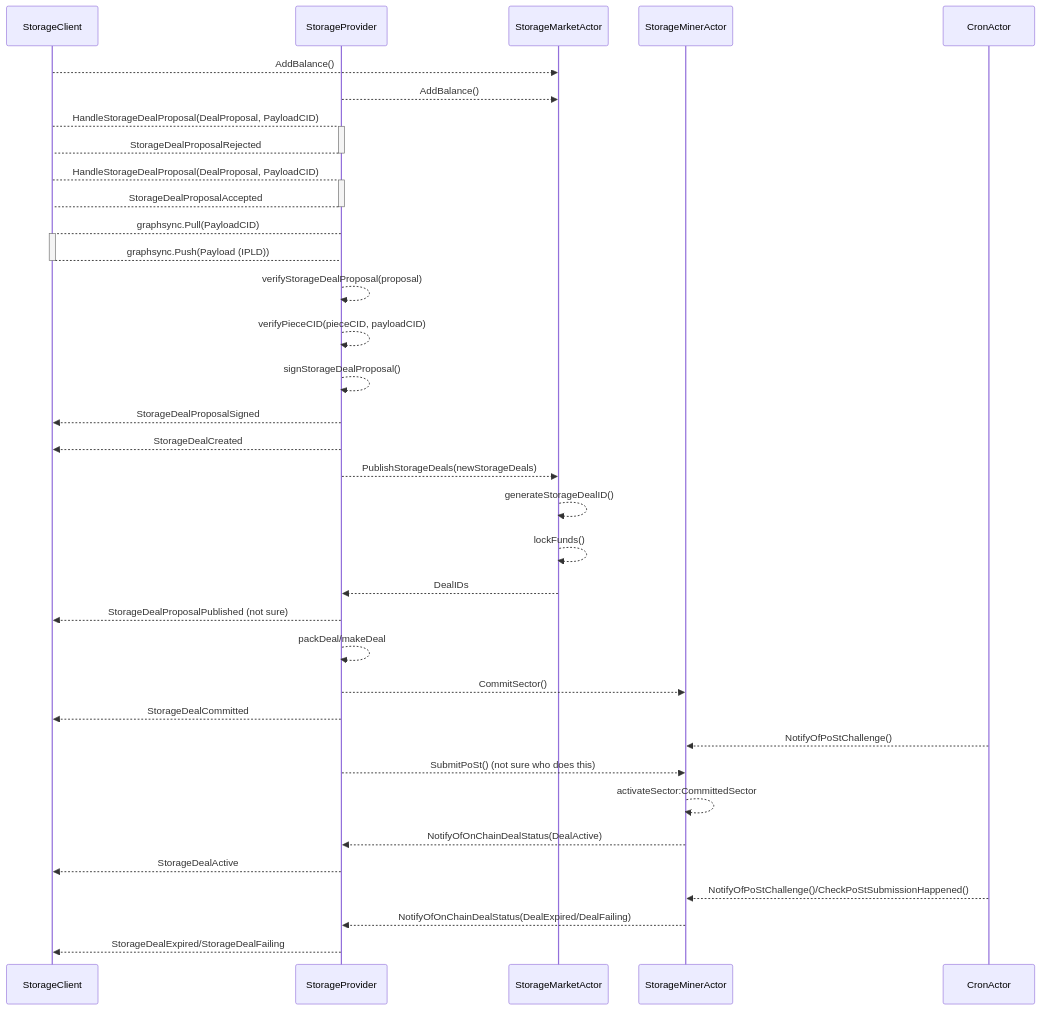
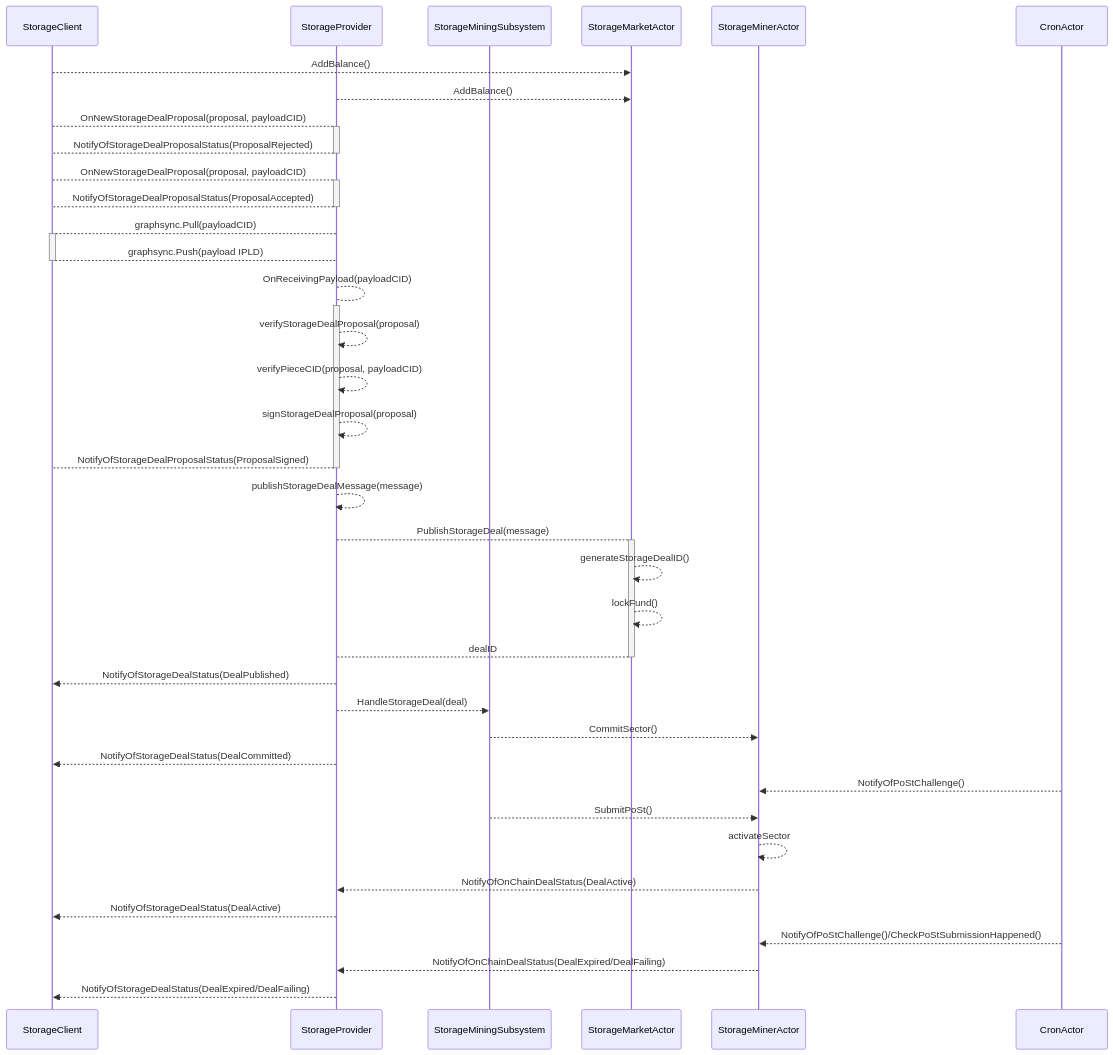
Before and after one commit to filecoin-project/specs: the diagram in src/diagrams/sequence/deal-flow.mmd, drawn with Mermaid. The commit also changed 1 other file, not shown here.

Commit message:
update mermaid

```diff
--- a/src/diagrams/sequence/deal-flow.mmd
+++ b/src/diagrams/sequence/deal-flow.mmd
@@ -1,33 +1,35 @@
 sequenceDiagram
-	participant StorageClient
-	participant StorageProvider
-	participant StorageMarketActor
-	StorageClient -->> StorageMarketActor: AddBalance()
-	StorageProvider -->> StorageMarketActor: AddBalance()
-	StorageClient -->+ StorageProvider: HandleStorageDealProposal(DealProposal, PayloadCID)
-	StorageProvider -->- StorageClient: StorageDealProposalRejected
-	StorageClient -->+ StorageProvider: HandleStorageDealProposal(DealProposal, PayloadCID)
-	StorageProvider -->- StorageClient: StorageDealProposalAccepted
-	StorageProvider -->+ StorageClient: graphsync.Pull(PayloadCID)
-	StorageClient -->- StorageProvider: graphsync.Push(Payload (IPLD))
-	StorageProvider -->> StorageProvider: verifyStorageDealProposal(proposal)
-	StorageProvider -->> StorageProvider: verifyPieceCID(pieceCID, payloadCID)
-	StorageProvider -->> StorageProvider: signStorageDealProposal()
-	StorageProvider -->> StorageClient: StorageDealProposalSigned
-	StorageProvider -->> StorageClient: StorageDealCreated
-	StorageProvider -->> StorageMarketActor: PublishStorageDeals(newStorageDeals)
-	StorageMarketActor -->> StorageMarketActor: generateStorageDealID()
-	StorageMarketActor -->> StorageMarketActor: lockFunds()
-	StorageMarketActor -->> StorageProvider: DealIDs
-	StorageProvider -->> StorageClient: StorageDealProposalPublished (not sure)
-	StorageProvider -->> StorageProvider: packDeal/makeDeal
-	StorageProvider -->> StorageMinerActor: CommitSector()
-	StorageProvider -->> StorageClient: StorageDealCommitted
-	CronActor -->> StorageMinerActor: NotifyOfPoStChallenge()
-	StorageProvider -->> StorageMinerActor: SubmitPoSt() (not sure who does this)
-	StorageMinerActor -->> StorageMinerActor: activateSector:CommittedSector
-	StorageMinerActor -->> StorageProvider: NotifyOfOnChainDealStatus(DealActive)
-	StorageProvider -->> StorageClient: StorageDealActive
-	CronActor -->> StorageMinerActor: NotifyOfPoStChallenge()/CheckPoStSubmissionHappened()
-	StorageMinerActor -->> StorageProvider: NotifyOfOnChainDealStatus(DealExpired/DealFailing)
-	StorageProvider -->> StorageClient: StorageDealExpired/StorageDealFailing
+participant StorageClient
+participant StorageProvider
+participant StorageMiningSubsystem
+participant StorageMarketActor
+StorageClient -->> StorageMarketActor: AddBalance()
+StorageProvider -->> StorageMarketActor: AddBalance()
+StorageClient -->+ StorageProvider: OnNewStorageDealProposal(proposal, payloadCID)
+StorageProvider -->- StorageClient: NotifyOfStorageDealProposalStatus(ProposalRejected)
+StorageClient -->+ StorageProvider: OnNewStorageDealProposal(proposal, payloadCID)
+StorageProvider -->- StorageClient: NotifyOfStorageDealProposalStatus(ProposalAccepted)
+StorageProvider -->+ StorageClient: graphsync.Pull(payloadCID)
+StorageClient -->- StorageProvider: graphsync.Push(payload IPLD)
+StorageProvider -->+ StorageProvider: OnReceivingPayload(payloadCID)
+StorageProvider -->> StorageProvider: verifyStorageDealProposal(proposal)
+StorageProvider -->> StorageProvider: verifyPieceCID(proposal, payloadCID)
+StorageProvider -->> StorageProvider: signStorageDealProposal(proposal)
+StorageProvider -->- StorageClient: NotifyOfStorageDealProposalStatus(ProposalSigned)
+StorageProvider -->> StorageProvider: publishStorageDealMessage(message)
+StorageProvider -->+ StorageMarketActor: PublishStorageDeal(message)
+StorageMarketActor -->> StorageMarketActor: generateStorageDealID()
+StorageMarketActor -->> StorageMarketActor: lockFund()
+StorageMarketActor -->- StorageProvider: dealID
+StorageProvider -->> StorageClient: NotifyOfStorageDealStatus(DealPublished)
+StorageProvider -->> StorageMiningSubsystem: HandleStorageDeal(deal)
+StorageMiningSubsystem -->> StorageMinerActor: CommitSector()
+StorageProvider -->> StorageClient: NotifyOfStorageDealStatus(DealCommitted)
+CronActor -->> StorageMinerActor: NotifyOfPoStChallenge()
+StorageMiningSubsystem -->> StorageMinerActor: SubmitPoSt()
+StorageMinerActor -->> StorageMinerActor: activateSector
+StorageMinerActor -->> StorageProvider: NotifyOfOnChainDealStatus(DealActive)
+StorageProvider -->> StorageClient: NotifyOfStorageDealStatus(DealActive)
+CronActor -->> StorageMinerActor: NotifyOfPoStChallenge()/CheckPoStSubmissionHappened()
+StorageMinerActor -->> StorageProvider: NotifyOfOnChainDealStatus(DealExpired/DealFailing)
+StorageProvider -->> StorageClient: NotifyOfStorageDealStatus(DealExpired/DealFailing)
```
